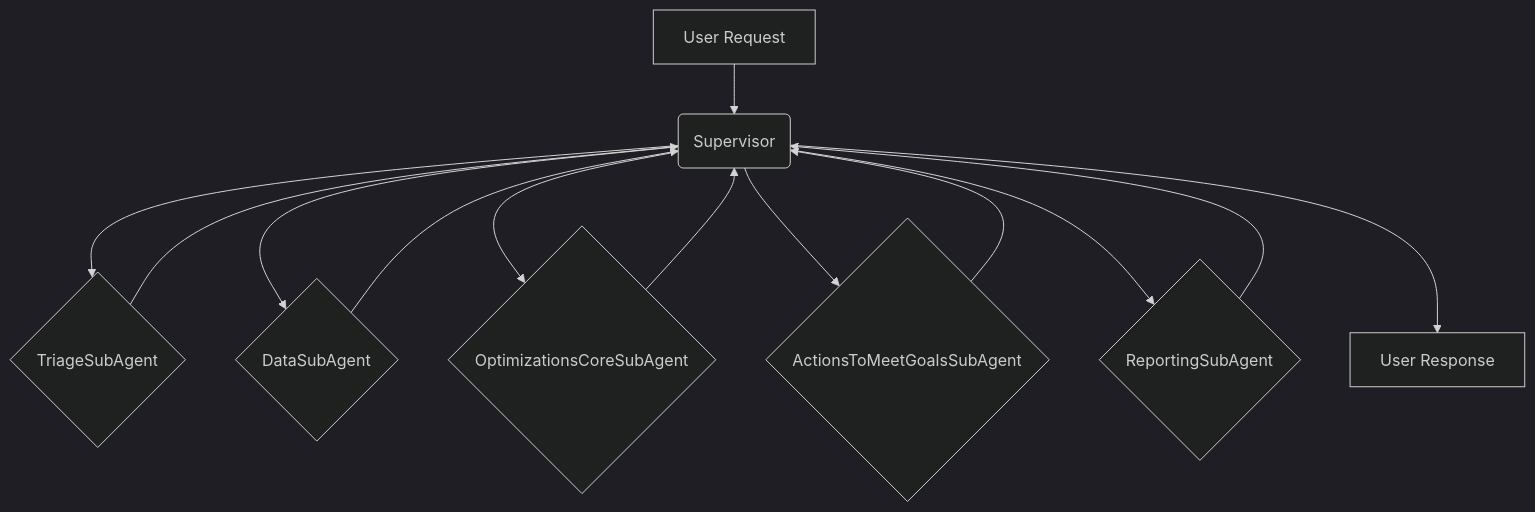
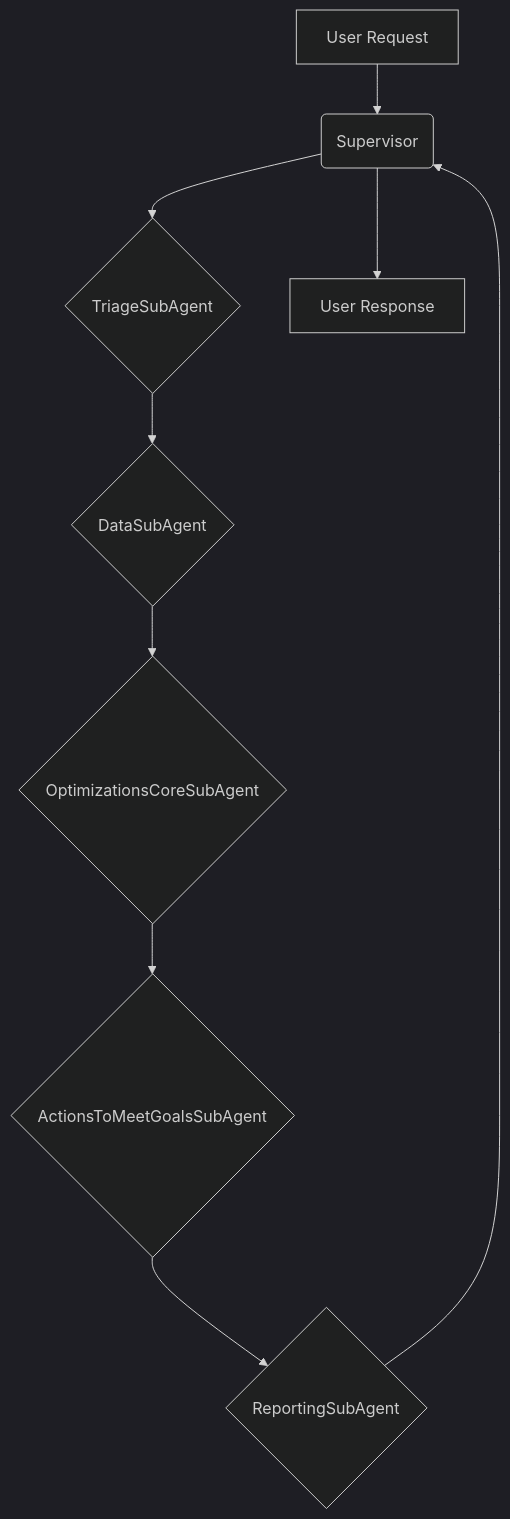
The diagram in v2/docs/subagents.md (netra-systems/zen), drawn with Mermaid (dark theme) before and after one commit. The commit also changed other lines of this file, not shown here.

````diff
--- a/v2/docs/subagents.md
+++ b/v2/docs/subagents.md
@@ -39,15 +36,11 @@
 ```mermaid
 graph TD
     A[User Request] --> B(Supervisor)
     B --> C{TriageSubAgent}
-    C --> B
-    B --> D{DataSubAgent}
-    D --> B
-    B --> E{OptimizationsCoreSubAgent}
-    E --> B
-    B --> F{ActionsToMeetGoalsSubAgent}
-    F --> B
-    B --> G{ReportingSubAgent}
+    C --> D{DataSubAgent}
+    D --> E{OptimizationsCoreSubAgent}
+    E --> F{ActionsToMeetGoalsSubAgent}
+    F --> G{ReportingSubAgent}
     G --> B
     B --> H[User Response]
 ```
````
